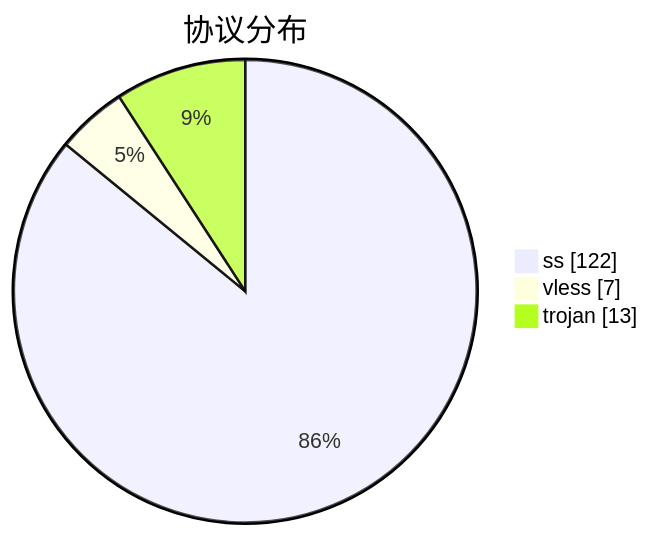
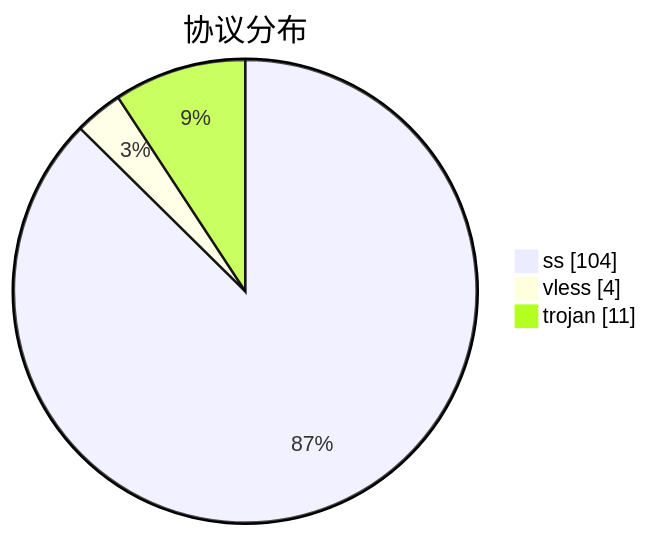
The third of 3 diagrams in subs/statistics/tested_within.md (qjlxg/airport), drawn with Mermaid before and after one commit. The commit also changed other lines of this file and 2 other files, not shown here.

````diff
--- a/subs/statistics/tested_within.md
+++ b/subs/statistics/tested_within.md
@@ -31,7 +30,7 @@
 ```mermaid
 pie showData
 title 协议分布
-"ss" : 122
-"vless" : 7
-"trojan" : 13
+"ss" : 104
+"vless" : 4
+"trojan" : 11
 ```
````
